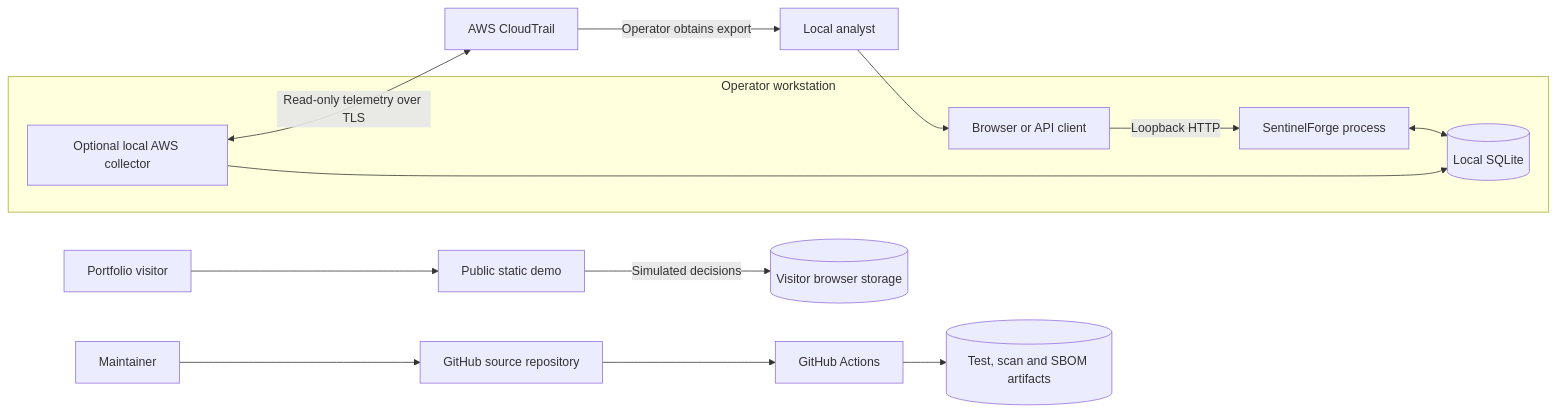
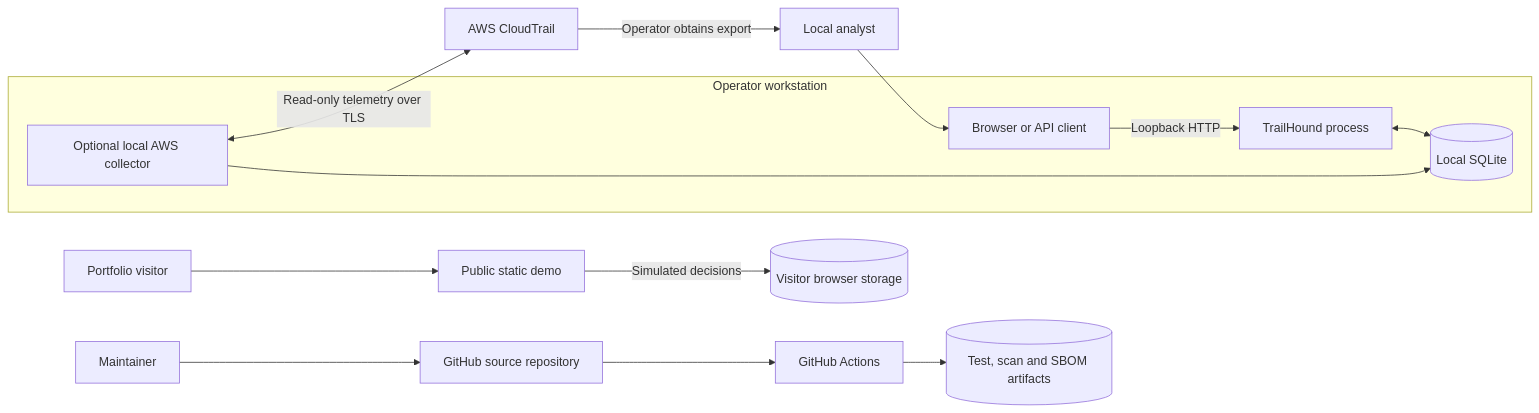
The diagram in docs/architecture/diagrams/system-context.md (Riswan11/RiswanIR), drawn with Mermaid before and after one commit. The commit also changed 124 other files, not shown here.

Commit message:
Rebrand SentinelForge as TrailHound

````diff
--- a/docs/architecture/diagrams/system-context.md
+++ b/docs/architecture/diagrams/system-context.md
@@ -3,16 +3,16 @@
 ```mermaid
 flowchart LR
     AWS["AWS CloudTrail"] -->|"Operator obtains export"| Analyst["Local analyst"]
     Analyst --> Browser["Browser or API client"]
     subgraph Host["Operator workstation"]
-        Browser -->|"Loopback HTTP"| App["SentinelForge process"]
+        Browser -->|"Loopback HTTP"| App["TrailHound process"]
         App <--> DB[("Local SQLite")]
         Collector["Optional local AWS collector"] --> DB
     end
     Collector <-->|"Read-only telemetry over TLS"| AWS
     Visitor["Portfolio visitor"] --> Demo["Public static demo"]
     Demo -->|"Simulated decisions"| LocalStorage[("Visitor browser storage")]
     Maintainer["Maintainer"] --> Repo["GitHub source repository"]
     Repo --> CI["GitHub Actions"]
     CI --> Reports[("Test, scan and SBOM artifacts")]
 ```
````
